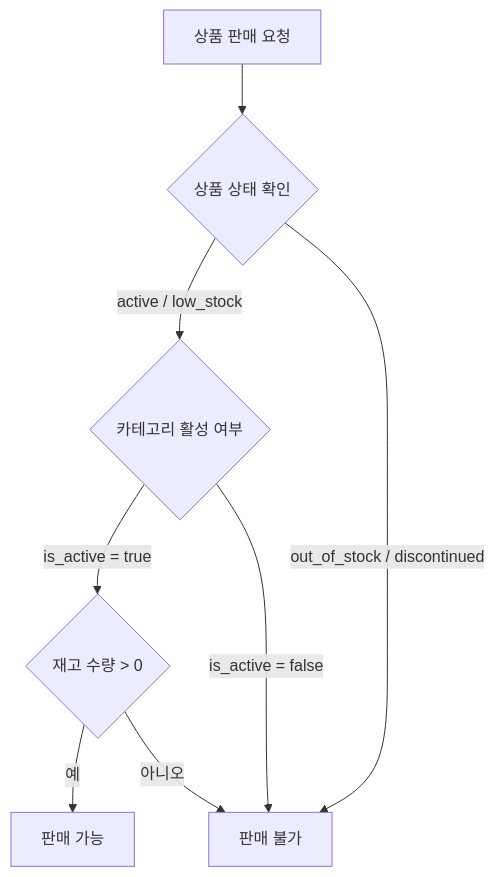
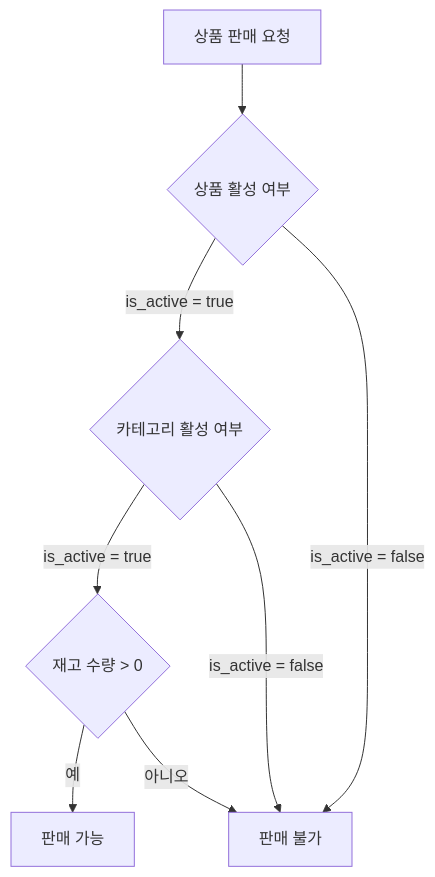
One commit to p-iknow/fullstack-forge changed the diagram in docs/01-prd/02-catalog/01-overview.md. Above: the diagram before and after it, drawn with Mermaid. The commit also changed other lines of this file and 124 other files, not shown here.

````diff
--- a/docs/01-prd/02-catalog/01-overview.md
+++ b/docs/01-prd/02-catalog/01-overview.md
@@ -53,10 +60,10 @@
 ```mermaid
 flowchart TD
-    A[상품 판매 요청] --> B{상품 상태 확인}
-    B -->|active / low_stock| C{카테고리 활성 여부}
-    B -->|out_of_stock / discontinued| F[판매 불가]
+    A[상품 판매 요청] --> B{상품 활성 여부}
+    B -->|is_active = true| C{카테고리 활성 여부}
+    B -->|is_active = false| F[판매 불가]
     C -->|is_active = true| D{재고 수량 > 0}
     C -->|is_active = false| F
     D -->|예| E[판매 가능]
     D -->|아니오| F
 ```
````
